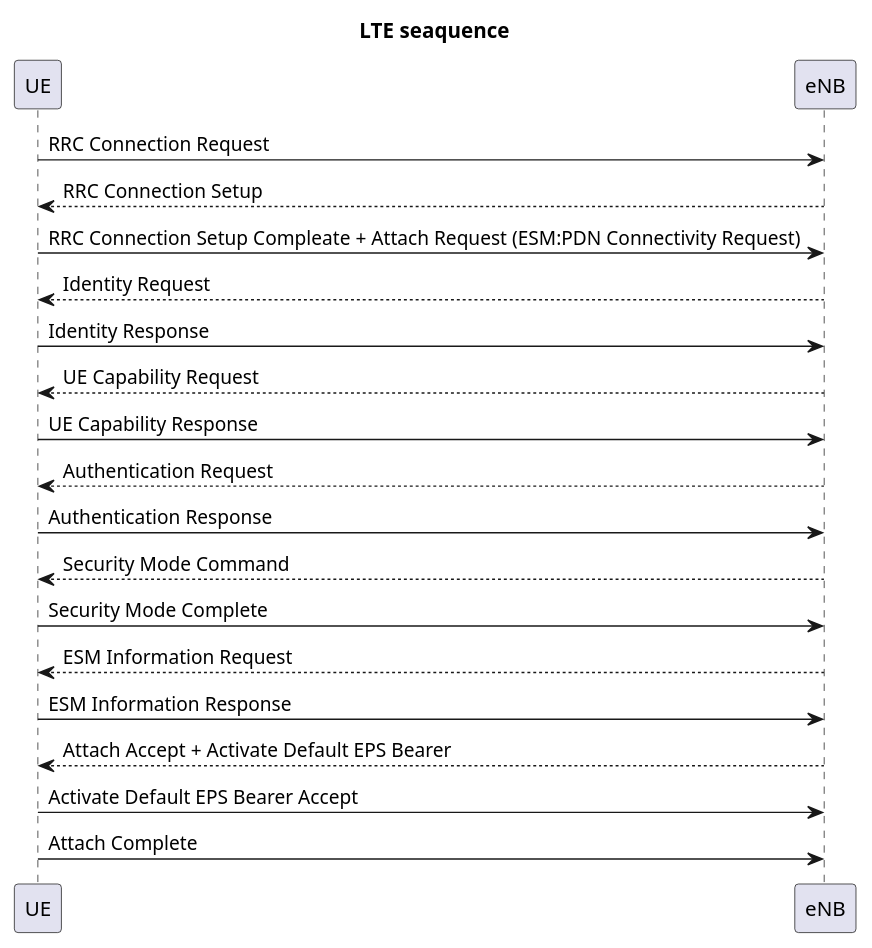
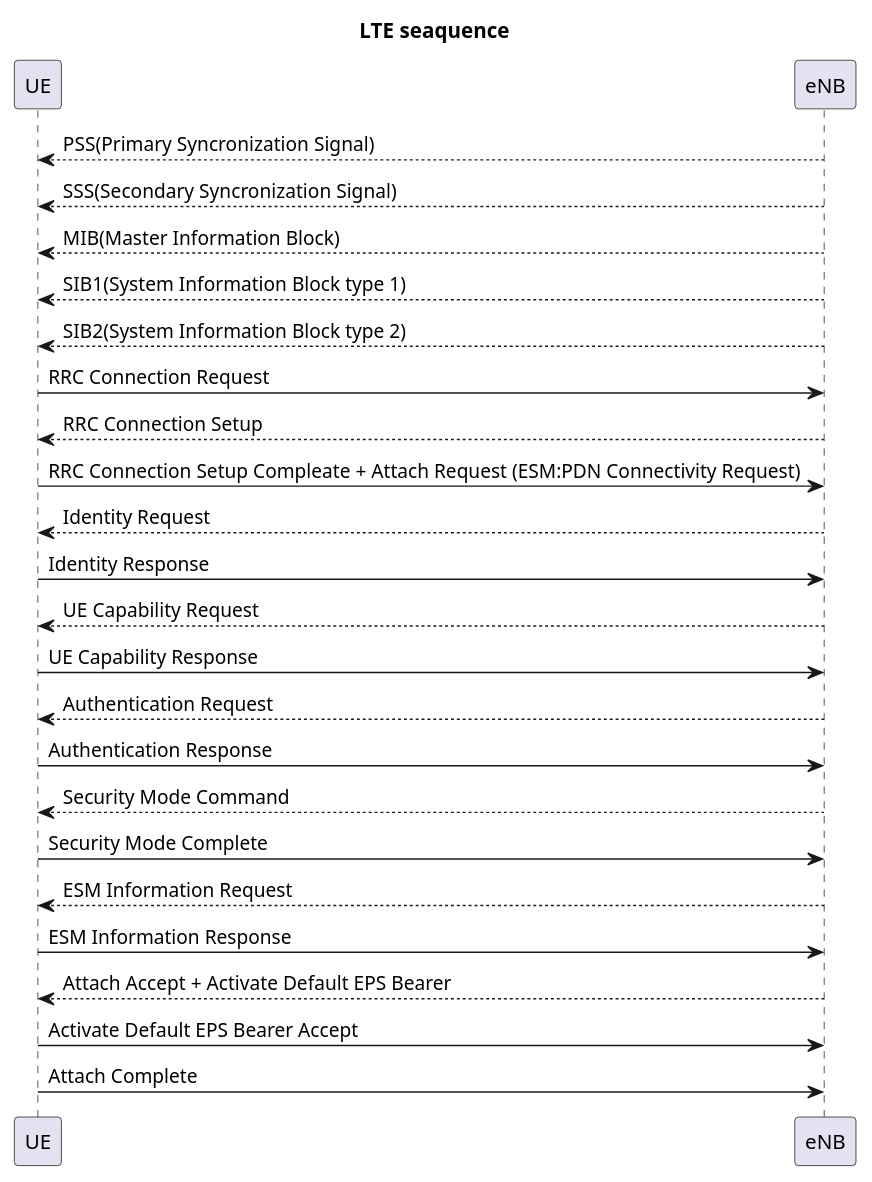
One commit to edo3838/note changed the diagram in communication/LTE/LTE_seaquence.pu. Above: the diagram before and after it, drawn with PlantUML. The commit also changed 5 other files, not shown here.

```diff
--- a/communication/LTE/LTE_seaquence.pu
+++ b/communication/LTE/LTE_seaquence.pu
@@ -1,21 +1,26 @@
 @startuml LTE
 title LTE seaquence
+UE <-- eNB: PSS(Primary Syncronization Signal)
+UE <-- eNB: SSS(Secondary Syncronization Signal)
+UE <-- eNB: MIB(Master Information Block)
+UE <-- eNB: SIB1(System Information Block type 1)
+UE <-- eNB: SIB2(System Information Block type 2)
 UE -> eNB: RRC Connection Request
 UE <-- eNB: RRC Connection Setup
 UE -> eNB: RRC Connection Setup Compleate + Attach Request (ESM:PDN Connectivity Request)
 UE <-- eNB: Identity Request
 UE -> eNB: Identity Response
 UE <-- eNB: UE Capability Request
 UE -> eNB: UE Capability Response
 UE <-- eNB: Authentication Request
 UE -> eNB: Authentication Response
 UE <-- eNB: Security Mode Command
 UE -> eNB: Security Mode Complete
 UE <-- eNB: ESM Information Request
 UE -> eNB: ESM Information Response
 UE <-- eNB: Attach Accept + Activate Default EPS Bearer 
 UE -> eNB: Activate Default EPS Bearer Accept
 UE -> eNB: Attach Complete
 
 
 @enduml
```
